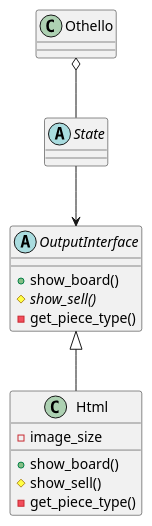
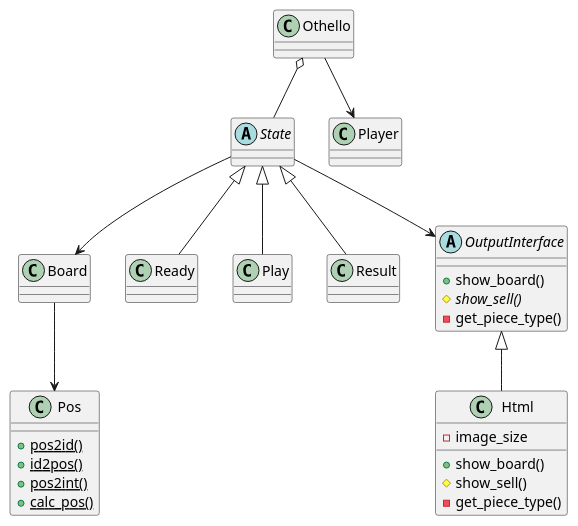
One commit to MaxMEllon/AppBox changed the diagram in uml/othello.pu. Above: the diagram before and after it, drawn with PlantUML. The commit also changed 1 other file, not shown here.

Commit message:
edit: uml

```diff
--- a/uml/othello.pu
+++ b/uml/othello.pu
@@ -1,23 +1,55 @@
 @startuml{othello.png}
+
 class Othello {
 }
+
 abstract State {
 }
+
+class Board {
+}
+
+class Pos {
+  +{static} pos2id()
+  +{static} id2pos()
+  +{static} pos2int()
+  +{static} calc_pos()
+}
+
+class Ready {
+}
+
+class Play {
+}
+
+class Result {
+}
+
 abstract OutputInterface {
   +show_board()
   #{abstract} show_sell()
   -get_piece_type()
 }
+
 class Html {
   -image_size
 
   +show_board()
   #show_sell()
   -get_piece_type()
 }
 
 Othello o-- State
+Othello --> Player
+
+State <|-- Ready
+State <|-- Play
+State <|-- Result
 State --> OutputInterface
+State --> Board
+
+Board --> Pos
+
 OutputInterface <|-- Html
 
 @enduml
```
